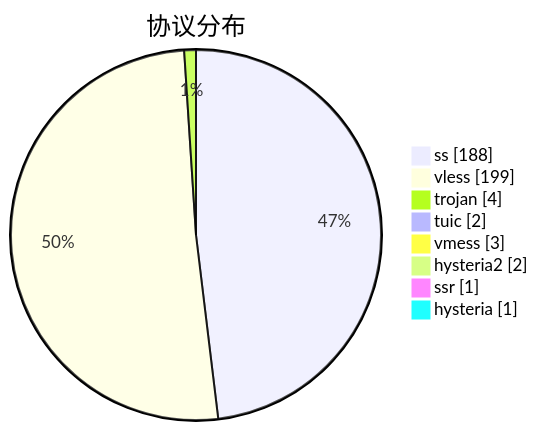
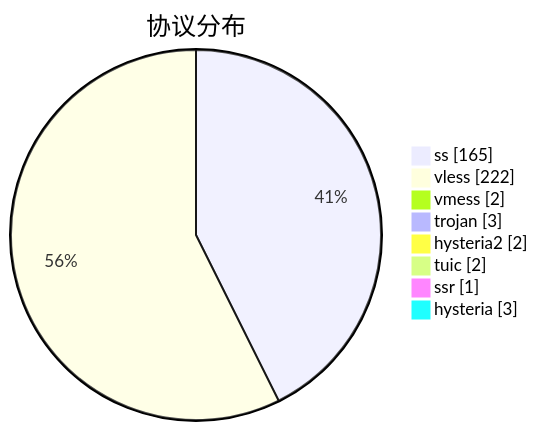
The third of 3 diagrams in subs/statistics/tested_within.md (qjlxg/airport), drawn with Mermaid before and after one commit. The commit also changed other lines of this file and 2 other files, not shown here.

````diff
--- a/subs/statistics/tested_within.md
+++ b/subs/statistics/tested_within.md
@@ -31,12 +38,12 @@
 ```mermaid
 pie showData
 title 协议分布
-"ss" : 188
-"vless" : 199
-"trojan" : 4
+"ss" : 165
+"vless" : 222
+"vmess" : 2
+"trojan" : 3
+"hysteria2" : 2
 "tuic" : 2
-"vmess" : 3
-"hysteria2" : 2
 "ssr" : 1
-"hysteria" : 1
+"hysteria" : 3
 ```
````
